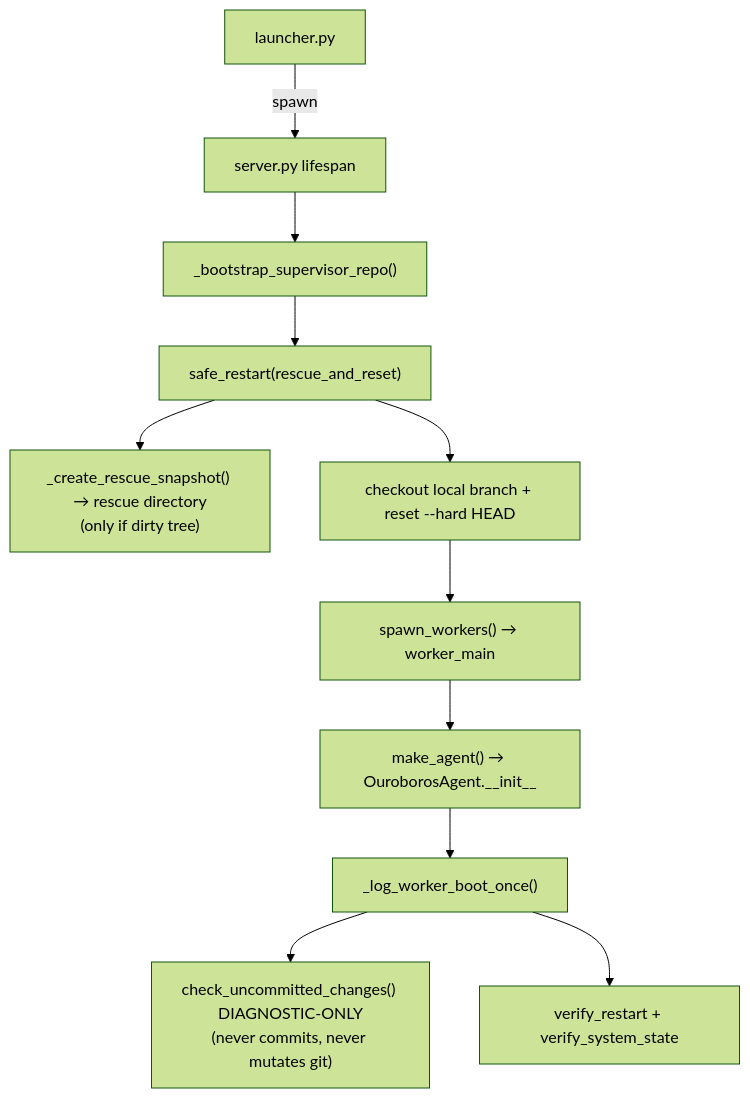
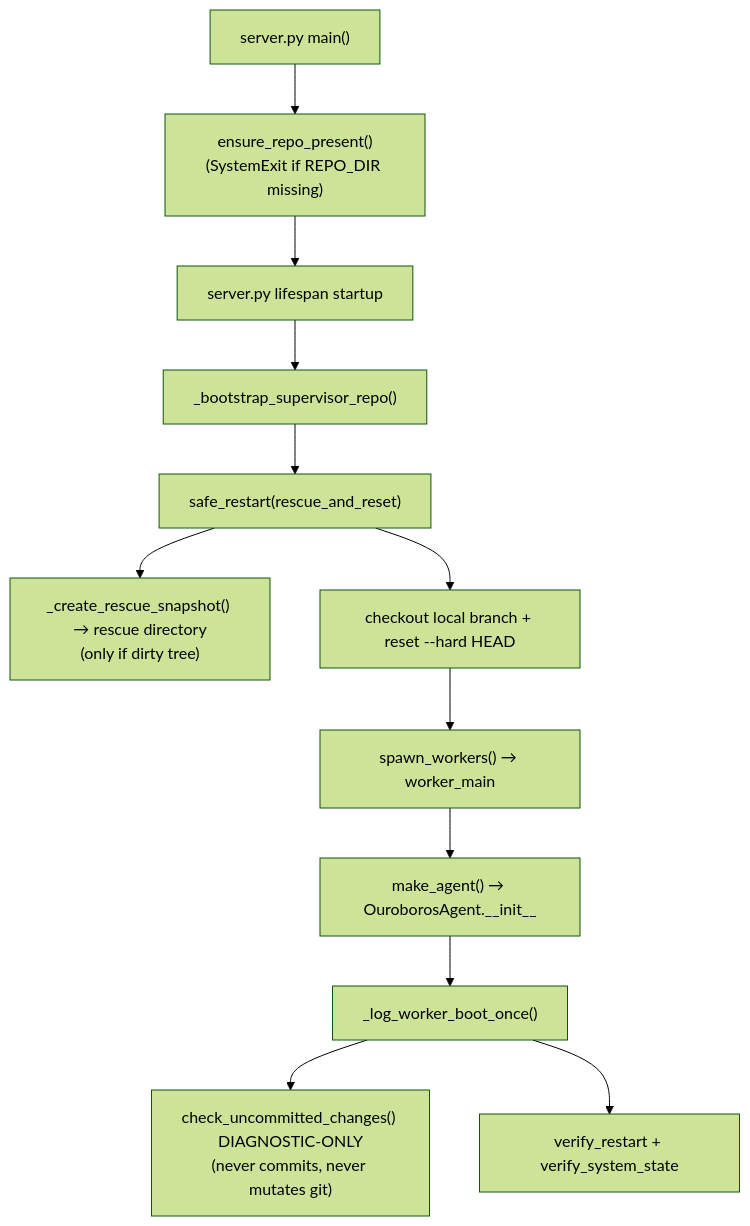
One commit to a-simeshin/ouroboros-desktop changed the diagram in docs/ARCHITECTURE.md. Above: the diagram before and after it, drawn with Mermaid (forest theme). The commit also changed other lines of this file and 50 other files, not shown here.

````diff
--- a/docs/ARCHITECTURE.md
+++ b/docs/ARCHITECTURE.md
@@ -282,13 +304,14 @@
 ```mermaid
 flowchart TD
-    L[launcher.py] -->|spawn| S[server.py lifespan]
+    M["server.py main()"] --> ER["ensure_repo_present()<br/>(SystemExit if REPO_DIR missing)"]
+    ER --> S["server.py lifespan startup"]
     S --> B["_bootstrap_supervisor_repo()"]
     B --> SR["safe_restart(rescue_and_reset)"]
     SR --> RS["_create_rescue_snapshot() → rescue directory<br/>(only if dirty tree)"]
     SR --> RB[checkout local branch + reset --hard HEAD]
     RB --> SW["spawn_workers() → worker_main"]
     SW --> MA["make_agent() → OuroborosAgent.__init__"]
     MA --> LB["_log_worker_boot_once()"]
     LB --> CU["check_uncommitted_changes() DIAGNOSTIC-ONLY<br/>(never commits, never mutates git)"]
     LB --> VR["verify_restart + verify_system_state"]
 ```
````
